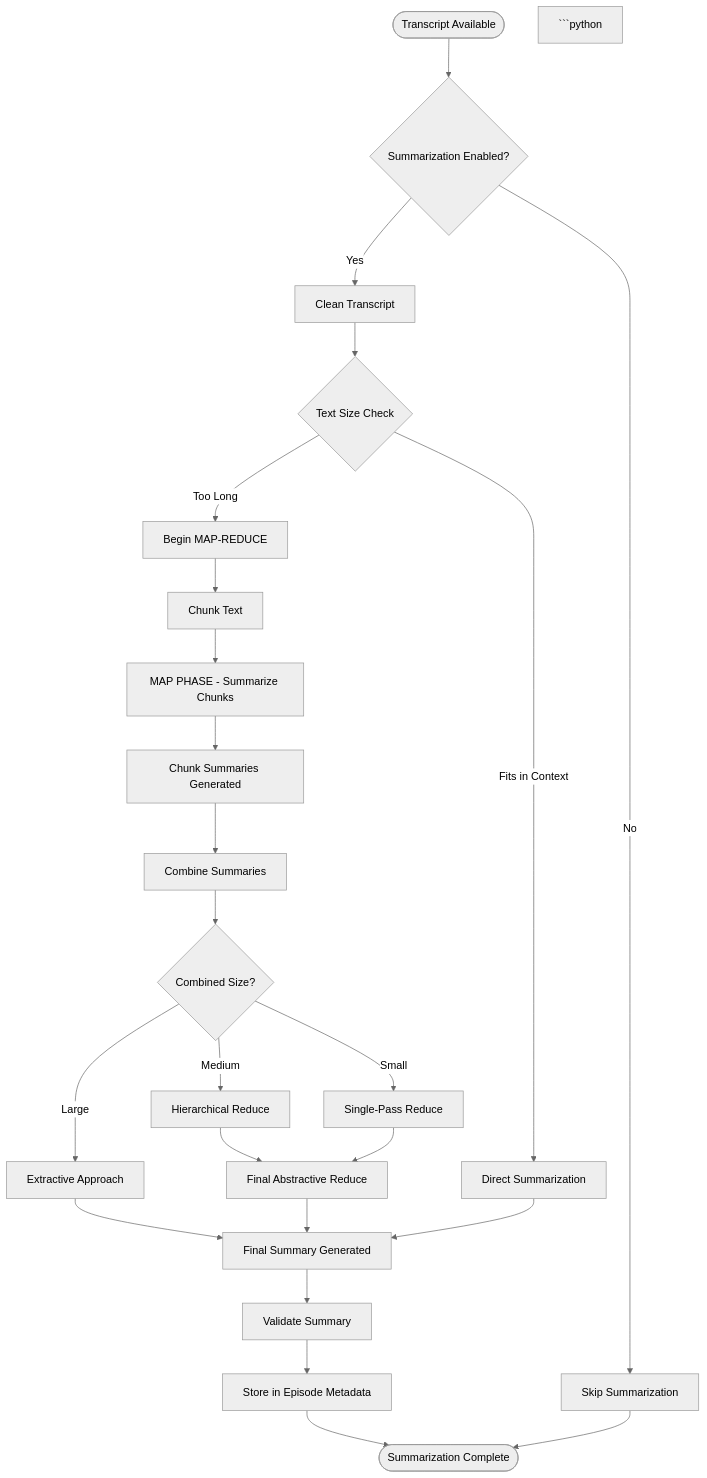
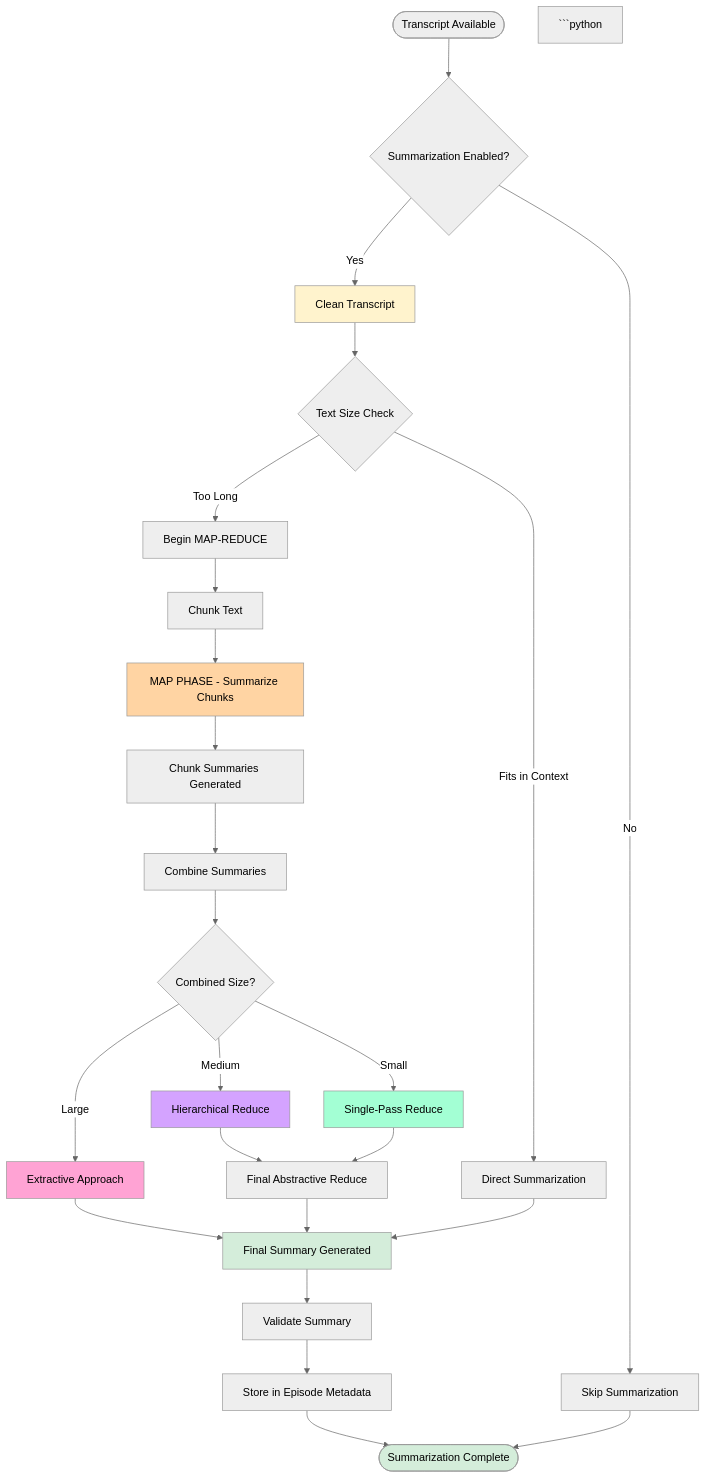
Before and after one commit to chipi/podcast_scraper: the diagram in docs/guides/SUMMARIZATION_GUIDE.md, drawn with Mermaid (neutral theme). The commit also changed other lines of this file and 135 other files, not shown here.

````diff
--- a/docs/guides/SUMMARIZATION_GUIDE.md
+++ b/docs/guides/SUMMARIZATION_GUIDE.md
@@ -26,31 +26,40 @@
 ```mermaid
 flowchart TD
     Start([Transcript Available]) --> CheckEnabled{Summarization Enabled?}
     CheckEnabled -->|No| Skip[Skip Summarization]
     CheckEnabled -->|Yes| CleanTranscript[Clean Transcript]
     CleanTranscript --> CheckSize{Text Size Check}
     CheckSize -->|Fits in Context| DirectSummarize[Direct Summarization]
     CheckSize -->|Too Long| StartMapReduce[Begin MAP-REDUCE]
 
     StartMapReduce --> ChunkText[Chunk Text]
     ChunkText --> MapPhase[MAP PHASE - Summarize Chunks]
     MapPhase --> ChunkSummaries[Chunk Summaries Generated]
     ChunkSummaries --> CombineSummaries[Combine Summaries]
     CombineSummaries --> CheckCombinedSize{Combined Size?}
 
     CheckCombinedSize -->|Small| SinglePass[Single-Pass Reduce]
     CheckCombinedSize -->|Medium| MiniMapReduce[Hierarchical Reduce]
     CheckCombinedSize -->|Large| Extractive[Extractive Approach]
 
     MiniMapReduce --> FinalAbstractive[Final Abstractive Reduce]
     Extractive --> FinalSummary
     SinglePass --> FinalAbstractive
     FinalAbstractive --> FinalSummary[Final Summary Generated]
     DirectSummarize --> FinalSummary
 
 ```python
+
     FinalSummary --> ValidateSummary[Validate Summary]
     ValidateSummary --> StoreInMetadata[Store in Episode Metadata]
     StoreInMetadata --> Complete([Summarization Complete])
     Skip --> Complete
+    style CleanTranscript fill:#fff3cd
+    style MapPhase fill:#ffd4a3
+    style MiniMapReduce fill:#d4a3ff
+    style Extractive fill:#ffa3d4
+    style SinglePass fill:#a3ffd4
+    style FinalSummary fill:#d4edda
+    style Complete fill:#d4edda
+
 ```
````
